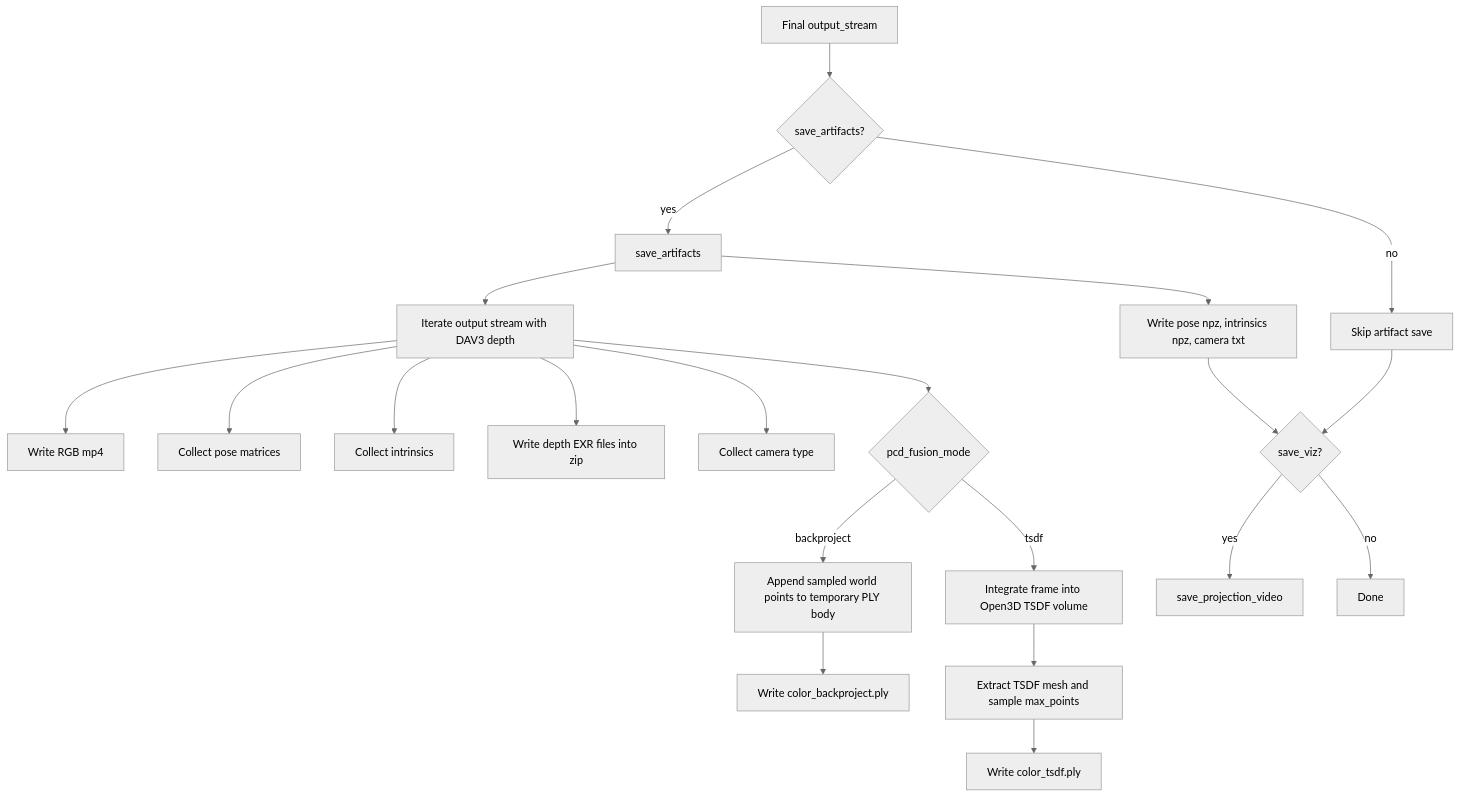
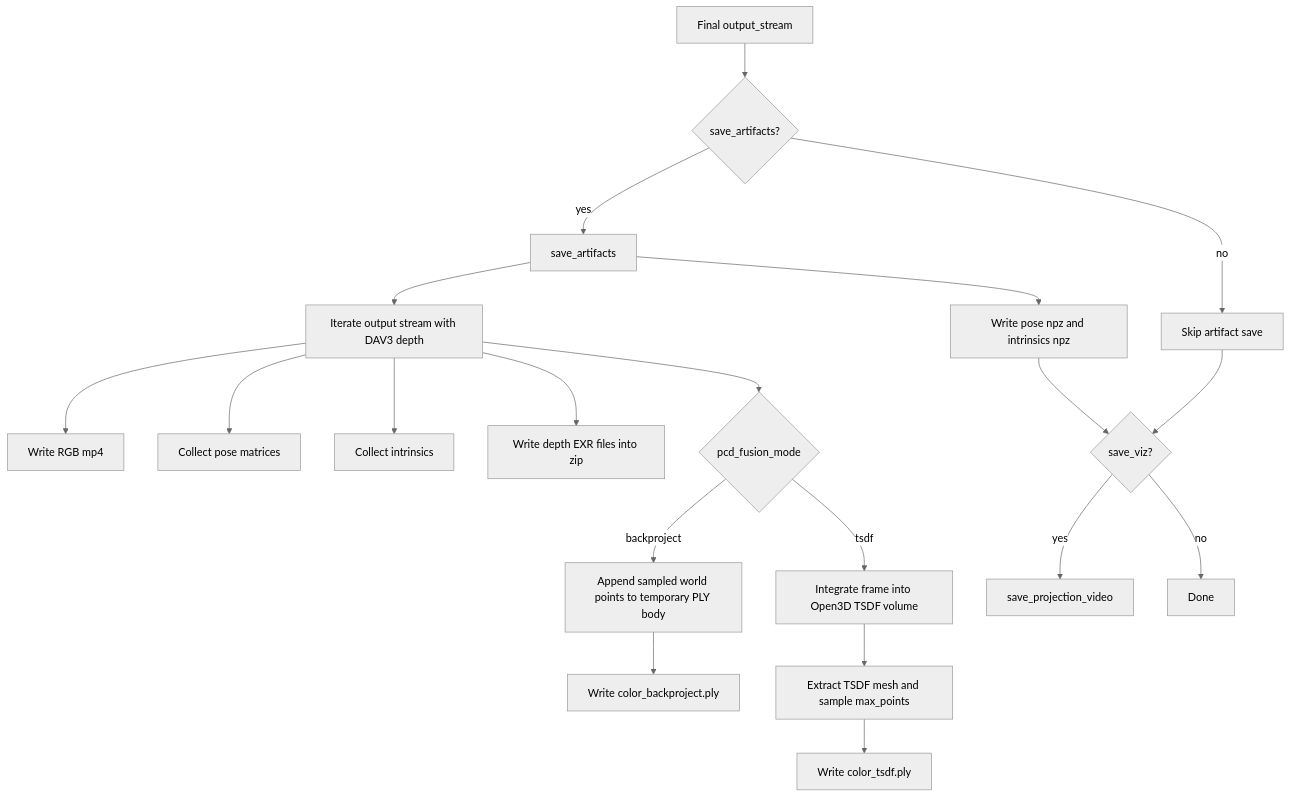
Before and after one commit to sadanand1120/vipe: diagram 12 of 12 in fullexplain.md, drawn with Mermaid (neutral theme). The commit also changed other lines of this file and 44 other files, not shown here.

````diff
--- a/fullexplain.md
+++ b/fullexplain.md
@@ -1914,23 +1783,22 @@
 ```mermaid
 flowchart TD
     A[Final output_stream] --> B{save_artifacts?}
     B -->|yes| C[save_artifacts]
     B -->|no| D[Skip artifact save]
     C --> E[Iterate output stream with DAV3 depth]
     E --> F[Write RGB mp4]
     E --> G[Collect pose matrices]
     E --> H[Collect intrinsics]
     E --> I[Write depth EXR files into zip]
-    E --> J[Collect camera type]
-    E --> K{pcd_fusion_mode}
-    K -->|backproject| L[Append sampled world points to temporary PLY body]
-    K -->|tsdf| M[Integrate frame into Open3D TSDF volume]
+    E --> J{pcd_fusion_mode}
+    J -->|backproject| L[Append sampled world points to temporary PLY body]
+    J -->|tsdf| M[Integrate frame into Open3D TSDF volume]
     L --> N[Write color_backproject.ply]
     M --> O[Extract TSDF mesh and sample max_points]
     O --> P[Write color_tsdf.ply]
-    C --> Q[Write pose npz, intrinsics npz, camera txt]
+    C --> Q[Write pose npz and intrinsics npz]
     D --> R{save_viz?}
     Q --> R
     R -->|yes| S[save_projection_video]
     R -->|no| T[Done]
 ```
````
